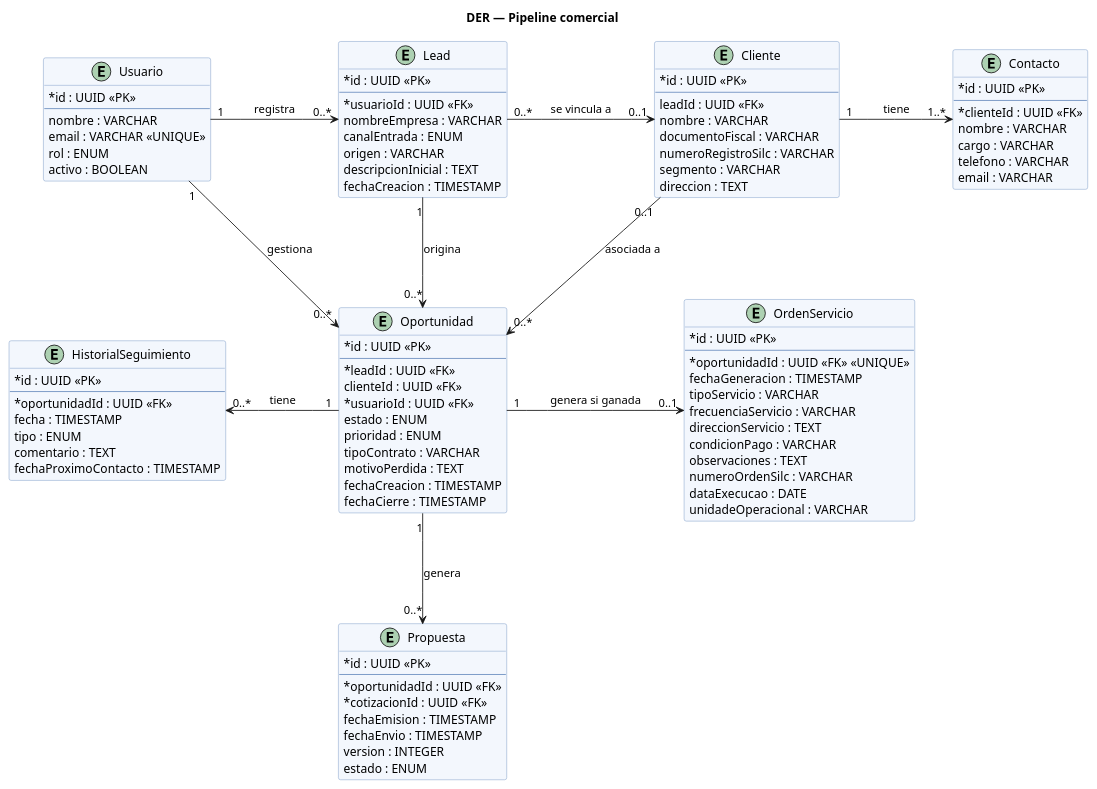
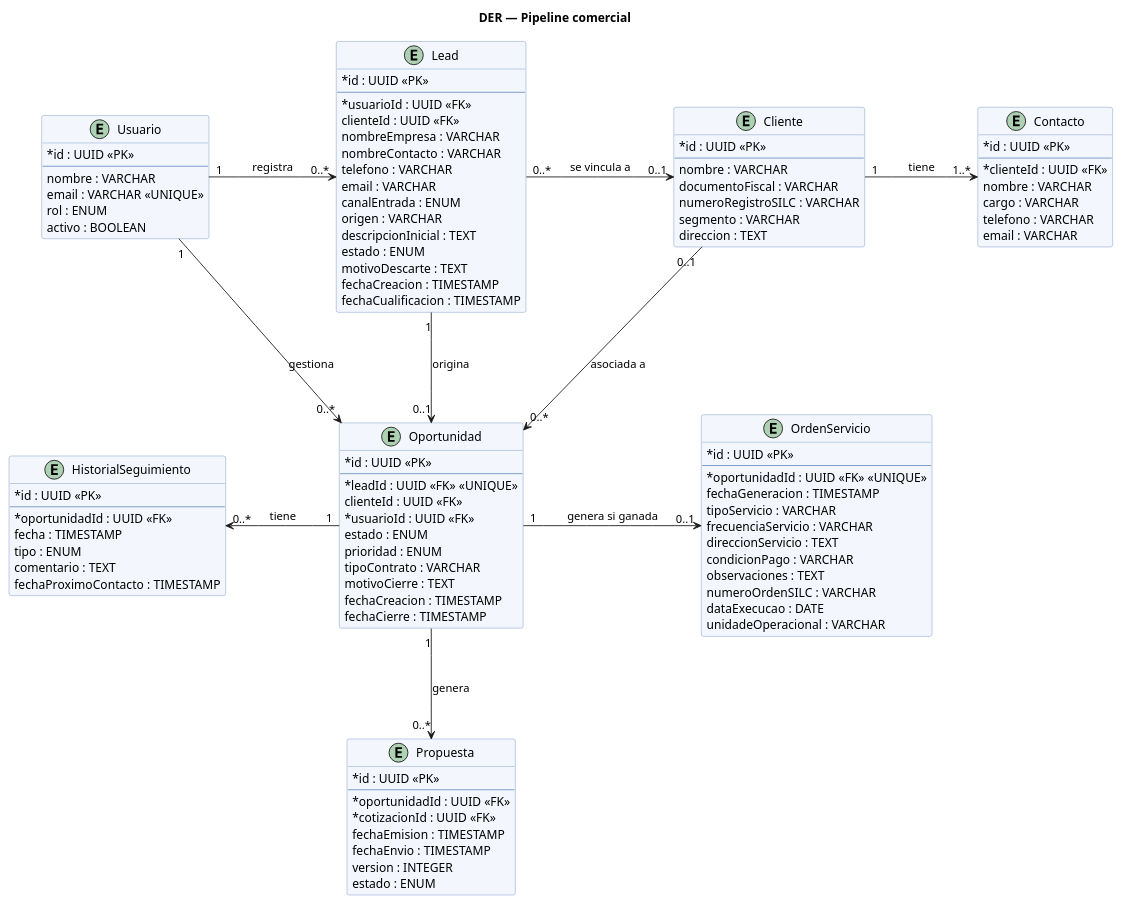
One commit to BrendaLopes/TFG-CRM-BROOKS changed the diagram in docs/analisis-diseno/3.6-modelo-datos/DER-pipeline.puml. Above: the diagram before and after it, drawn with PlantUML. The commit also changed 17 other files, not shown here.

Commit message:
ultimas correciones diagramas arquitectura

```diff
--- a/docs/analisis-diseno/3.6-modelo-datos/DER-pipeline.puml
+++ b/docs/analisis-diseno/3.6-modelo-datos/DER-pipeline.puml
@@ -1,117 +1,123 @@
 @startuml
 title DER — Pipeline comercial
 
 skinparam classAttributeIconSize 0
 skinparam shadowing false
 skinparam nodesep 100
 skinparam ranksep 100
 
 skinparam class {
   BackgroundColor #F3F7FD
   BorderColor #6C8EBF
 }
 
 entity Usuario {
   * id : UUID <<PK>>
   --
   nombre : VARCHAR
   email : VARCHAR <<UNIQUE>>
   rol : ENUM
   activo : BOOLEAN
 }
 
 entity Lead {
   * id : UUID <<PK>>
   --
   * usuarioId : UUID <<FK>>
+  clienteId : UUID <<FK>>
   nombreEmpresa : VARCHAR
+  nombreContacto : VARCHAR
+  telefono : VARCHAR
+  email : VARCHAR
   canalEntrada : ENUM
   origen : VARCHAR
   descripcionInicial : TEXT
+  estado : ENUM
+  motivoDescarte : TEXT
   fechaCreacion : TIMESTAMP
+  fechaCualificacion : TIMESTAMP
 }
 
 entity Cliente {
   * id : UUID <<PK>>
   --
-  leadId : UUID <<FK>>
   nombre : VARCHAR
   documentoFiscal : VARCHAR
-  numeroRegistroSilc : VARCHAR
+  numeroRegistroSILC : VARCHAR
   segmento : VARCHAR
   direccion : TEXT
 }
 
 entity Contacto {
   * id : UUID <<PK>>
   --
   * clienteId : UUID <<FK>>
   nombre : VARCHAR
   cargo : VARCHAR
   telefono : VARCHAR
   email : VARCHAR
 }
 
 entity Oportunidad {
   * id : UUID <<PK>>
   --
-  * leadId : UUID <<FK>>
+  * leadId : UUID <<FK>> <<UNIQUE>>
   clienteId : UUID <<FK>>
   * usuarioId : UUID <<FK>>
   estado : ENUM
   prioridad : ENUM
   tipoContrato : VARCHAR
-  motivoPerdida : TEXT
+  motivoCierre : TEXT
   fechaCreacion : TIMESTAMP
   fechaCierre : TIMESTAMP
 }
 
 entity HistorialSeguimiento {
   * id : UUID <<PK>>
   --
   * oportunidadId : UUID <<FK>>
   fecha : TIMESTAMP
   tipo : ENUM
   comentario : TEXT
   fechaProximoContacto : TIMESTAMP
 }
 
 entity Propuesta {
   * id : UUID <<PK>>
   --
   * oportunidadId : UUID <<FK>>
   * cotizacionId : UUID <<FK>>
   fechaEmision : TIMESTAMP
   fechaEnvio : TIMESTAMP
   version : INTEGER
   estado : ENUM
 }
 
 entity OrdenServicio {
   * id : UUID <<PK>>
   --
   * oportunidadId : UUID <<FK>> <<UNIQUE>>
   fechaGeneracion : TIMESTAMP
   tipoServicio : VARCHAR
   frecuenciaServicio : VARCHAR
   direccionServicio : TEXT
   condicionPago : VARCHAR
   observaciones : TEXT
-  numeroOrdenSilc : VARCHAR
+  numeroOrdenSILC : VARCHAR
   dataExecucao : DATE
   unidadeOperacional : VARCHAR
 }
 
-Usuario "1"    -right-> "0..*" Lead : registra
-Lead    "0..*" -right-> "0..1" Cliente : se vincula a
-Cliente "1"    -right-> "1..*" Contacto : tiene
+Usuario "1" -right-> "0..*" Lead : registra
+Lead "0..*" -right-> "0..1" Cliente : se vincula a
+Cliente "1" -right-> "1..*" Contacto : tiene
 
-Lead    "1"    -down-> "0..*" Oportunidad : origina
+Lead "1" -down-> "0..1" Oportunidad : origina
 Cliente "0..1" -down-> "0..*" Oportunidad : asociada a
-Usuario "1"    -down-> "0..*" Oportunidad : gestiona
+Usuario "1" -down-> "0..*" Oportunidad : gestiona
 
 Oportunidad "1" -left-> "0..*" HistorialSeguimiento : tiene
 Oportunidad "1" -down-> "0..*" Propuesta : genera
 Oportunidad "1" -right-> "0..1" OrdenServicio : genera si ganada
 
 @enduml
```
